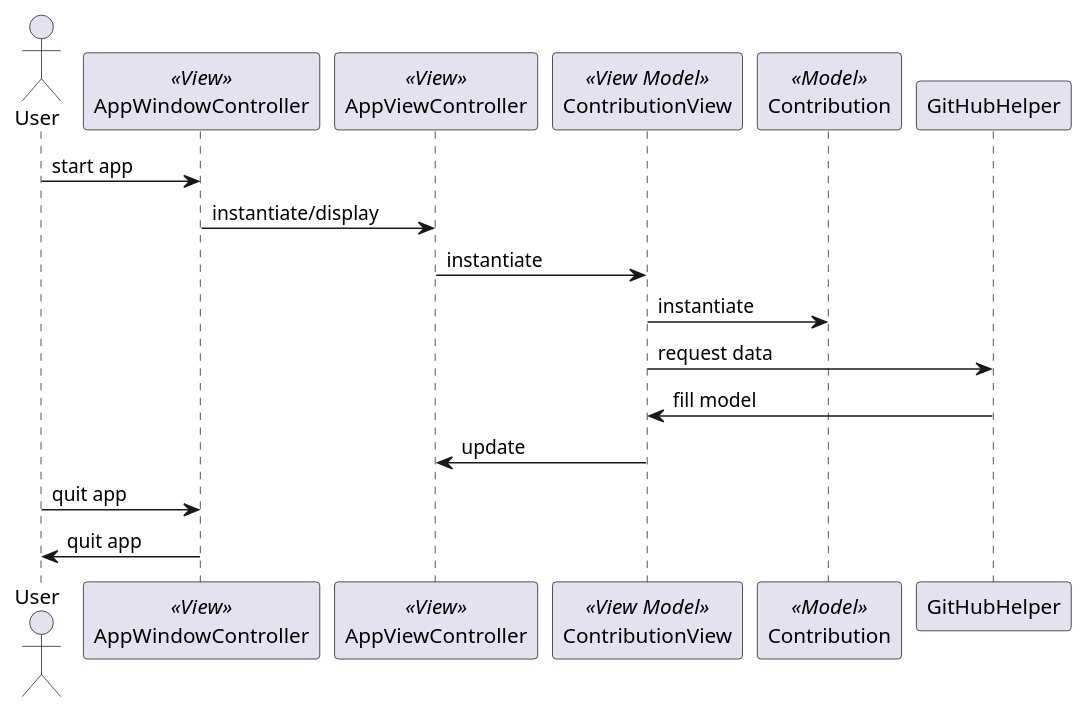
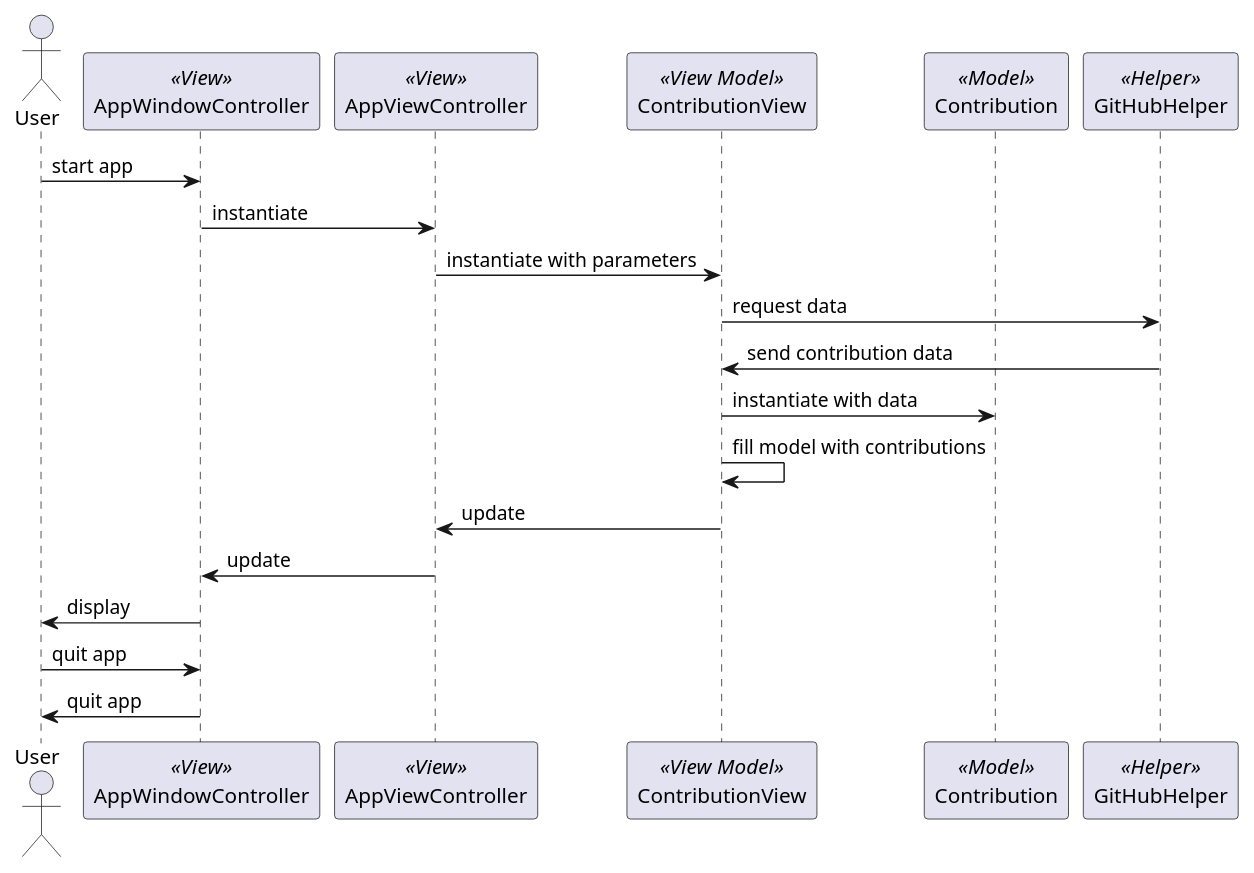
One commit to LuGeNat/GitHub-Contributions changed the diagram in DIAGRAM.plantuml. Above: the diagram before and after it, drawn with PlantUML.

Commit message:
update diagram

```diff
--- a/DIAGRAM.plantuml
+++ b/DIAGRAM.plantuml
@@ -1,17 +1,21 @@
 @startuml
 actor User
 participant AppWindowController << View >>
 participant AppViewController << View >>
 participant ContributionView << View Model >>
 participant Contribution << Model >>
+participant GitHubHelper << Helper >>
 
 User -> AppWindowController: start app
-AppWindowController -> AppViewController: instantiate/display
-AppViewController -> ContributionView: instantiate
-ContributionView -> Contribution: instantiate
+AppWindowController -> AppViewController: instantiate
+AppViewController -> ContributionView: instantiate with parameters
 ContributionView -> GitHubHelper: request data
-GitHubHelper -> ContributionView: fill model
+GitHubHelper -> ContributionView: send contribution data
+ContributionView -> Contribution: instantiate with data
+ContributionView -> ContributionView: fill model with contributions
 ContributionView -> AppViewController: update
+AppViewController -> AppWindowController: update
+AppWindowController -> User: display
 User -> AppWindowController: quit app
 AppWindowController -> User: quit app
 @enduml
```
